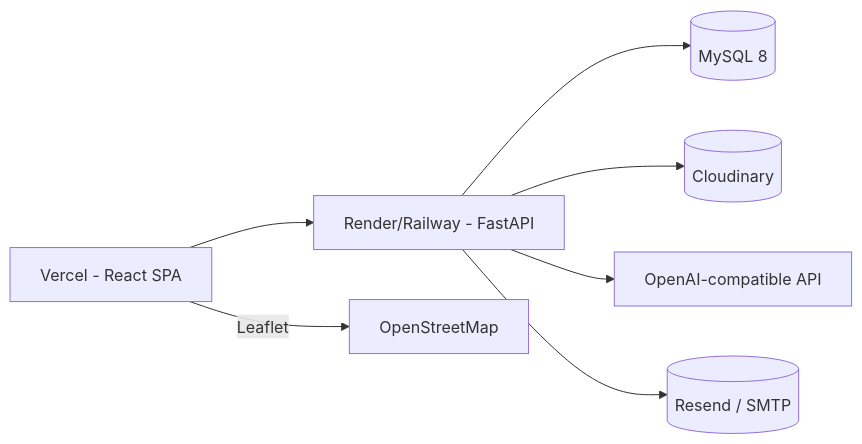
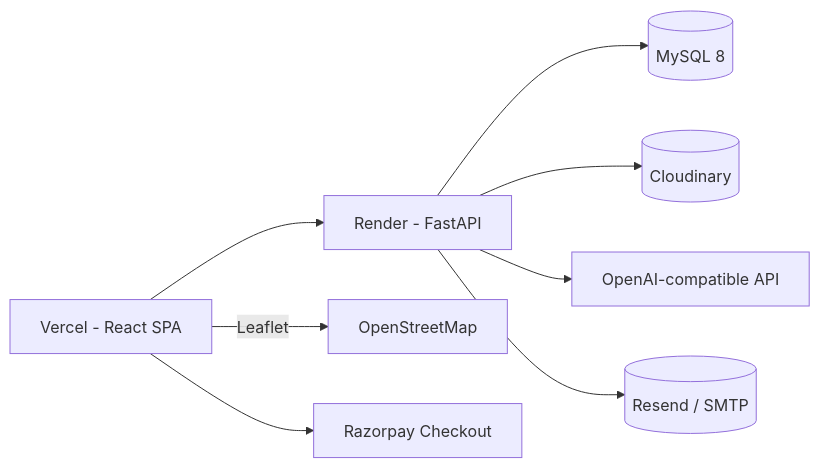
Before and after one commit to shreyasadawarti/legal-connect: the diagram in docs/deployment.md, drawn with Mermaid. The commit also changed other lines of this file and 162 other files, not shown here.

````diff
--- a/docs/deployment.md
+++ b/docs/deployment.md
@@ -7,9 +16,10 @@
 ```mermaid
 flowchart LR
-    V[Vercel - React SPA] --> B[Render/Railway - FastAPI]
+    V[Vercel - React SPA] --> B[Render - FastAPI]
     B --> M[(MySQL 8)]
     B --> C[(Cloudinary)]
     B --> AI[OpenAI-compatible API]
     B --> E[(Resend / SMTP)]
     V -->|Leaflet| O[OpenStreetMap]
+    V --> RAZ[Razorpay Checkout]
 ```
````
